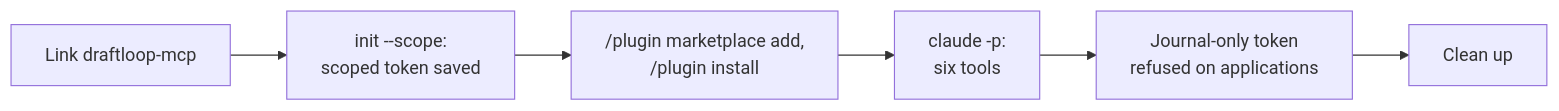
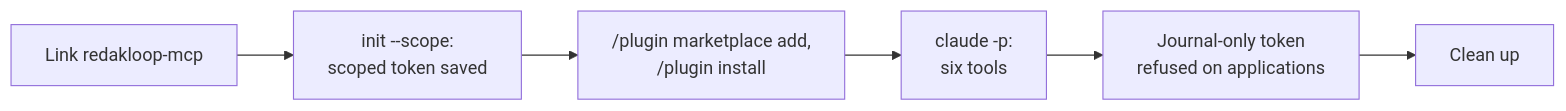
Before and after one commit to akoita/draft-loop: the diagram in docs/evaluation/agent-plugin-walk.md, drawn with Mermaid. The commit also changed other lines of this file and 49 other files, not shown here.

First line of the commit message:
Rename the MCP server and plugin to Redakloop, keeping draftloop-mcp as an alias (#3299)

````diff
--- a/docs/evaluation/agent-plugin-walk.md
+++ b/docs/evaluation/agent-plugin-walk.md
@@ -28,8 +28,8 @@
 ```mermaid
 flowchart LR
-    L[Link draftloop-mcp] --> T["init --scope:<br/>scoped token saved"]
+    L[Link redakloop-mcp] --> T["init --scope:<br/>scoped token saved"]
     T --> P["/plugin marketplace add,<br/>/plugin install"]
     P --> C["claude -p:<br/>six tools"]
     C --> R[Journal-only token<br/>refused on applications]
     R --> X[Clean up]
 ```
````
